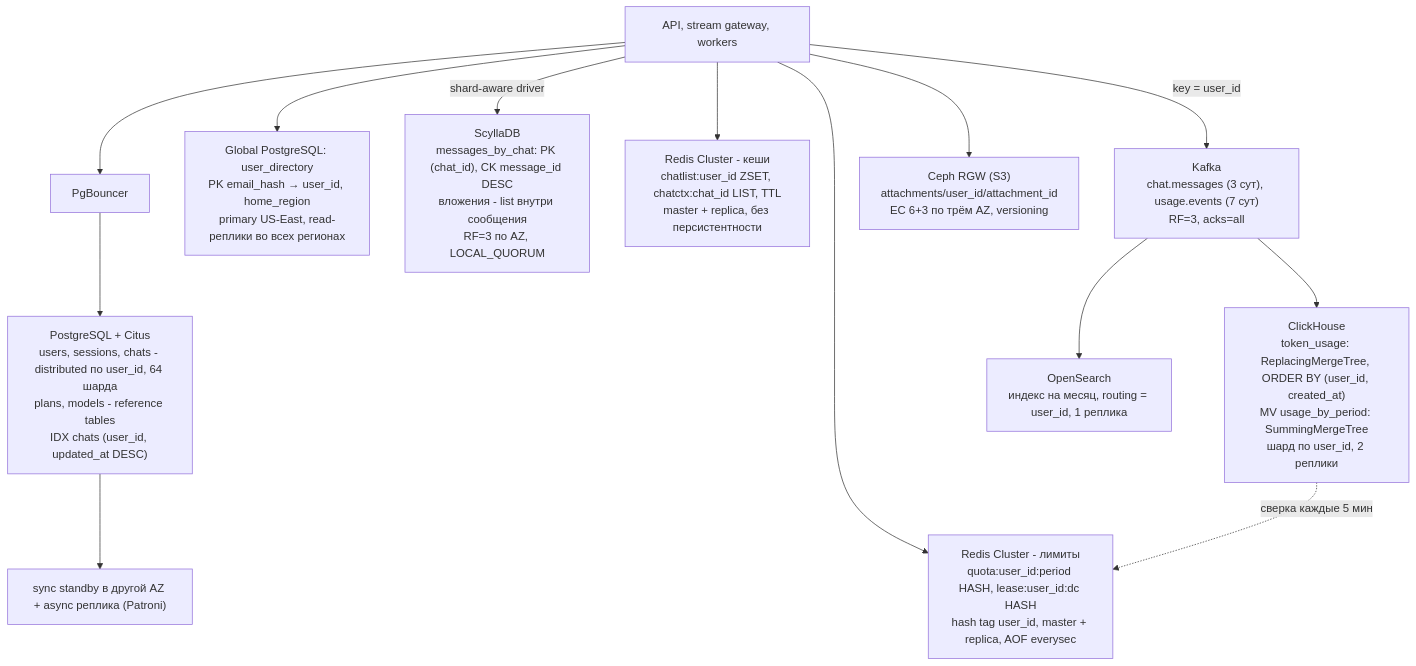
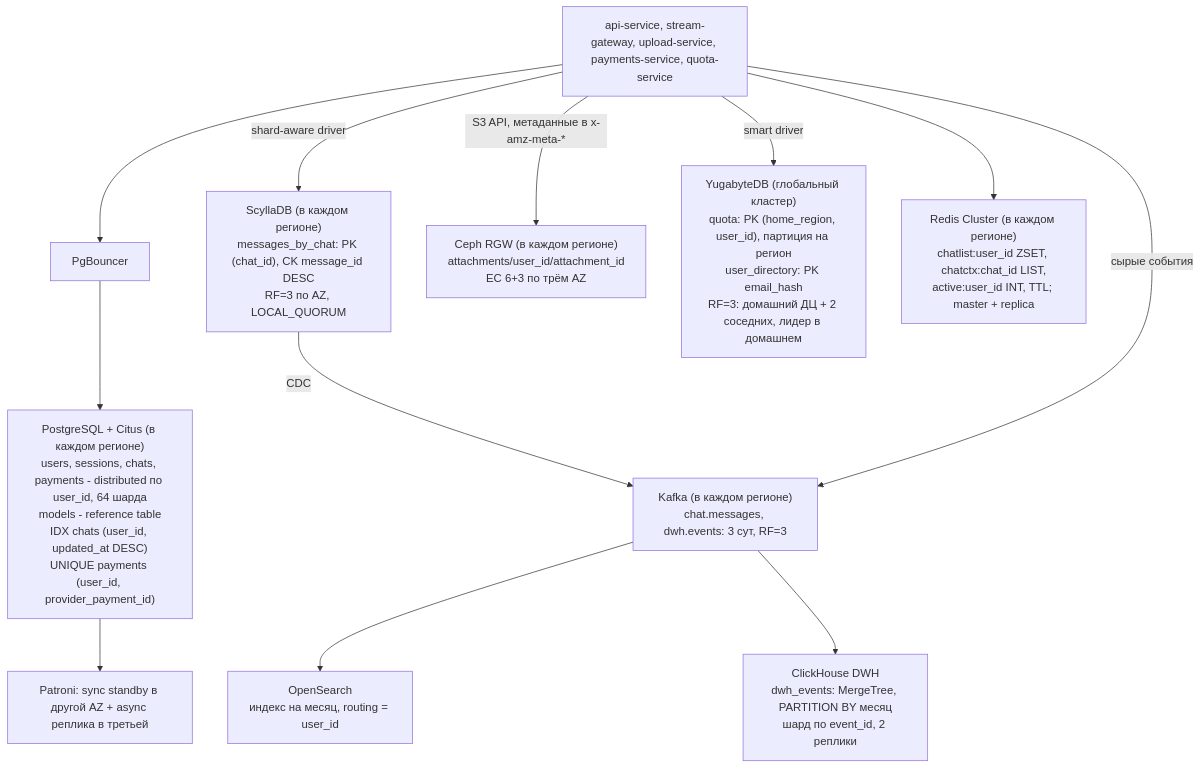
One commit to AlexeiSolomkin/highloadDZ2026 changed the fourth of 5 diagrams in README.md. Above: the diagram before and after it, drawn with Mermaid. The commit also changed other lines of this file, not shown here.

````diff
--- a/README.md
+++ b/README.md
@@ -512,15 +553,14 @@
 ```mermaid
 flowchart TD
-    APP["API, stream gateway, workers"] --> PGB["PgBouncer"]
-    PGB --> PG["PostgreSQL + Citus<br/>users, sessions, chats - distributed по user_id, 64 шарда<br/>plans, models - reference tables<br/>IDX chats (user_id, updated_at DESC)"]
-    PG --> PGS["sync standby в другой AZ + async реплика (Patroni)"]
-    APP --> DIR["Global PostgreSQL: user_directory<br/>PK email_hash → user_id, home_region<br/>primary US-East, read-реплики во всех регионах"]
-    APP -->|shard-aware driver| SC["ScyllaDB<br/>messages_by_chat: PK (chat_id), CK message_id DESC<br/>вложения - list внутри сообщения<br/>RF=3 по AZ, LOCAL_QUORUM"]
-    APP --> RQ["Redis Cluster - лимиты<br/>quota:user_id:period HASH, lease:user_id:dc HASH<br/>hash tag user_id, master + replica, AOF everysec"]
-    APP --> RC["Redis Cluster - кеши<br/>chatlist:user_id ZSET, chatctx:chat_id LIST, TTL<br/>master + replica, без персистентности"]
-    APP -->|key = user_id| K["Kafka<br/>chat.messages (3 сут), usage.events (7 сут)<br/>RF=3, acks=all"]
-    K --> CH["ClickHouse<br/>token_usage: ReplacingMergeTree, ORDER BY (user_id, created_at)<br/>MV usage_by_period: SummingMergeTree<br/>шард по user_id, 2 реплики"]
-    K --> OS["OpenSearch<br/>индекс на месяц, routing = user_id, 1 реплика"]
-    APP --> S3["Ceph RGW (S3)<br/>attachments/user_id/attachment_id<br/>EC 6+3 по трём AZ, versioning"]
-    CH -.->|сверка каждые 5 мин| RQ
+    APP["api-service, stream-gateway, upload-service, payments-service, quota-service"] --> PGB["PgBouncer"]
+    PGB --> PG["PostgreSQL + Citus (в каждом регионе)<br/>users, sessions, chats, payments - distributed по user_id, 64 шарда<br/>models - reference table<br/>IDX chats (user_id, updated_at DESC)<br/>UNIQUE payments (user_id, provider_payment_id)"]
+    PG --> PGS["Patroni: sync standby в другой AZ + async реплика в третьей"]
+    APP -->|shard-aware driver| SC["ScyllaDB (в каждом регионе)<br/>messages_by_chat: PK (chat_id), CK message_id DESC<br/>RF=3 по AZ, LOCAL_QUORUM"]
+    APP -->|"S3 API, метаданные в x-amz-meta-*"| S3["Ceph RGW (в каждом регионе)<br/>attachments/user_id/attachment_id<br/>EC 6+3 по трём AZ"]
+    APP -->|smart driver| YB["YugabyteDB (глобальный кластер)<br/>quota: PK (home_region, user_id), партиция на регион<br/>user_directory: PK email_hash<br/>RF=3: домашний ДЦ + 2 соседних, лидер в домашнем"]
+    APP --> RC["Redis Cluster (в каждом регионе)<br/>chatlist:user_id ZSET, chatctx:chat_id LIST,<br/>active:user_id INT, TTL; master + replica"]
+    SC -->|CDC| K["Kafka (в каждом регионе)<br/>chat.messages, dwh.events: 3 сут, RF=3"]
+    APP -->|сырые события| K
+    K --> OS["OpenSearch<br/>индекс на месяц, routing = user_id"]
+    K --> CH["ClickHouse DWH<br/>dwh_events: MergeTree, PARTITION BY месяц<br/>шард по event_id, 2 реплики"]
 ```
````
